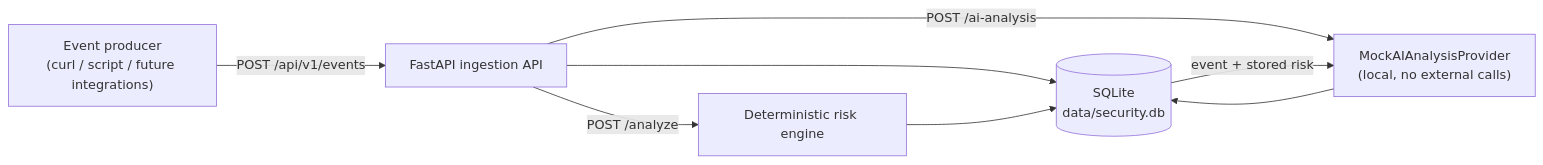
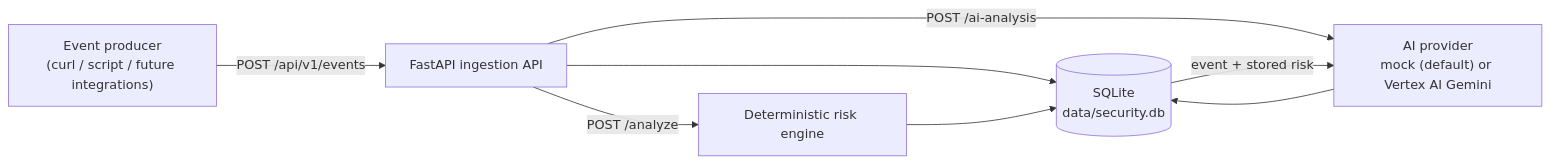
One commit to Tushar10095074/ai-security-analysis-platform changed the diagram in README.md. Above: the diagram before and after it, drawn with Mermaid. The commit also changed other lines of this file and 2 other files, not shown here.

Commit message:
docs: document Vertex AI and Cloud Run POC; add presentation and technical documentation

````diff
--- a/README.md
+++ b/README.md
@@ -24,10 +24,10 @@
 ```mermaid
 flowchart LR
     S["Event producer<br/>(curl / script / future integrations)"] -->|POST /api/v1/events| API[FastAPI ingestion API]
     API --> DB[("SQLite<br/>data/security.db")]
     API -->|POST /analyze| RE[Deterministic risk engine]
     RE --> DB
-    API -->|POST /ai-analysis| AI["MockAIAnalysisProvider<br/>(local, no external calls)"]
+    API -->|POST /ai-analysis| AI["AI provider<br/>mock (default) or Vertex AI Gemini"]
     DB -->|event + stored risk| AI
     AI --> DB
 ```
````
